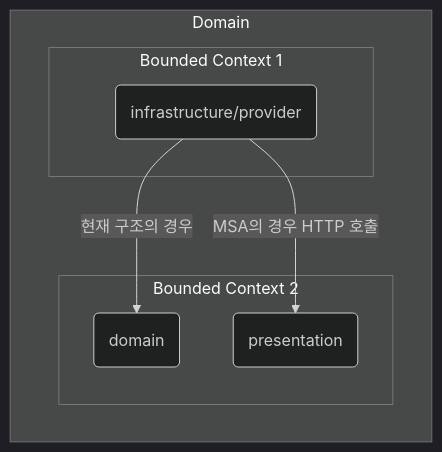
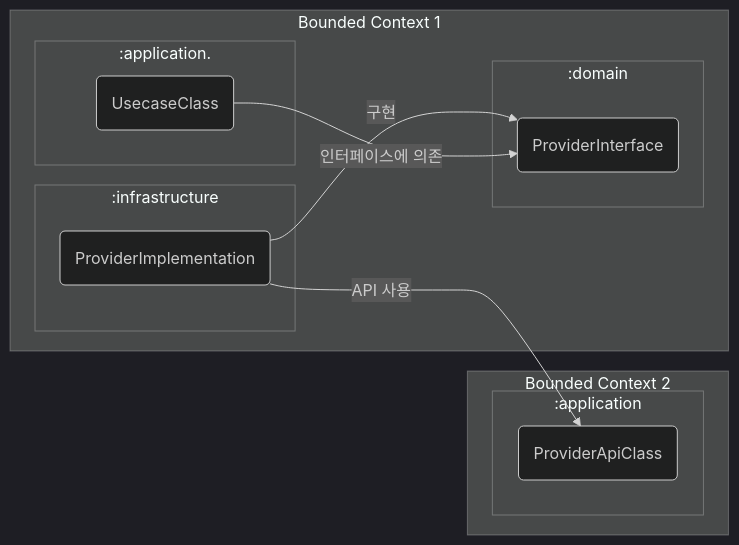
One commit to Turnin-Dev/turnin-server changed the second of 4 diagrams in README.md. Above: the diagram before and after it, drawn with Mermaid (dark theme). The commit also changed other lines of this file, not shown here.

````diff
--- a/README.md
+++ b/README.md
@@ -131,14 +138,23 @@
 ```mermaid
 graph LR
-    subgraph Domain
-        subgraph Bounded Context 1
-            i(infrastructure/provider)
+    subgraph Bounded Context 1
+        subgraph :infrastructure
+            pimpl(ProviderImplementation)
         end
-        subgraph Bounded Context 2
-            d(domain)
-            p(presentation)
+        subgraph :domain
+            pi(ProviderInterface)
+        end
+        subgraph :application.
+            uc(UsecaseClass)
         end
     end
-    i -- 현재 구조의 경우 --> d
-    i -- MSA의 경우 HTTP 호출 --> p
+    subgraph Bounded Context 2
+        subgraph :application
+            pac(ProviderApiClass)
+        end
+    end
+
+    pimpl -- 구현 --> pi
+    pimpl -- API 사용 --> pac
+    uc -- 인터페이스에 의존 --> pi
 ```
````
